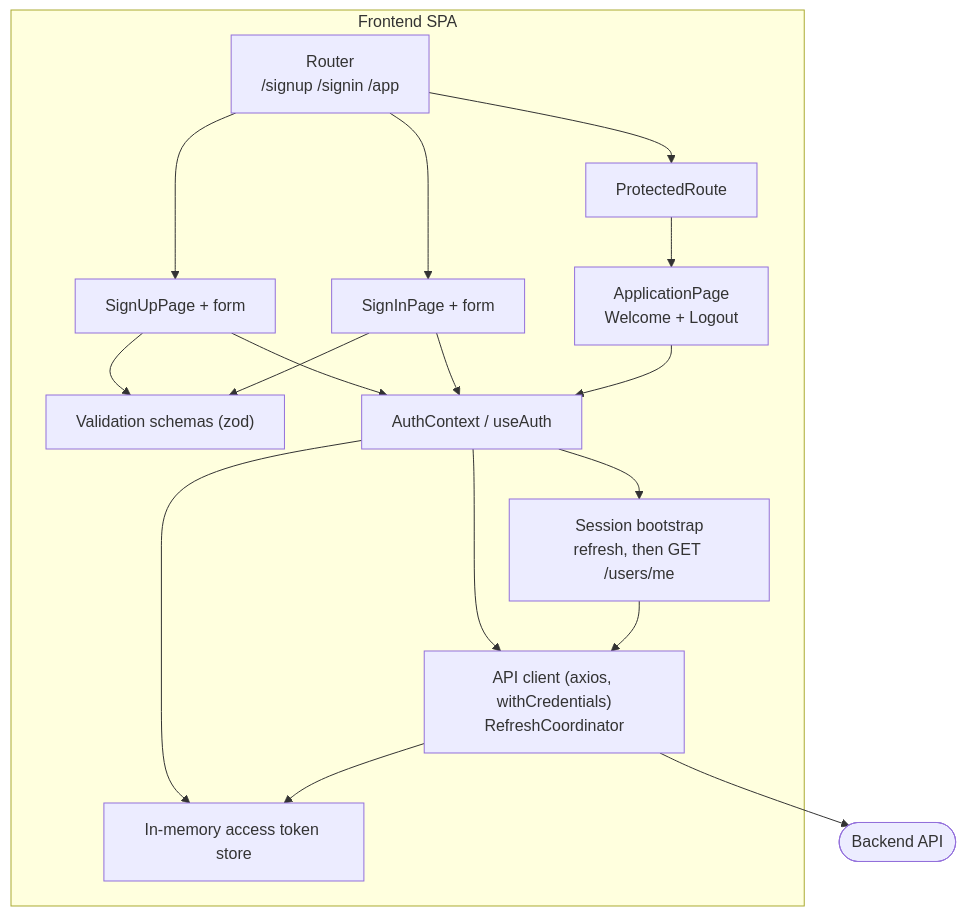
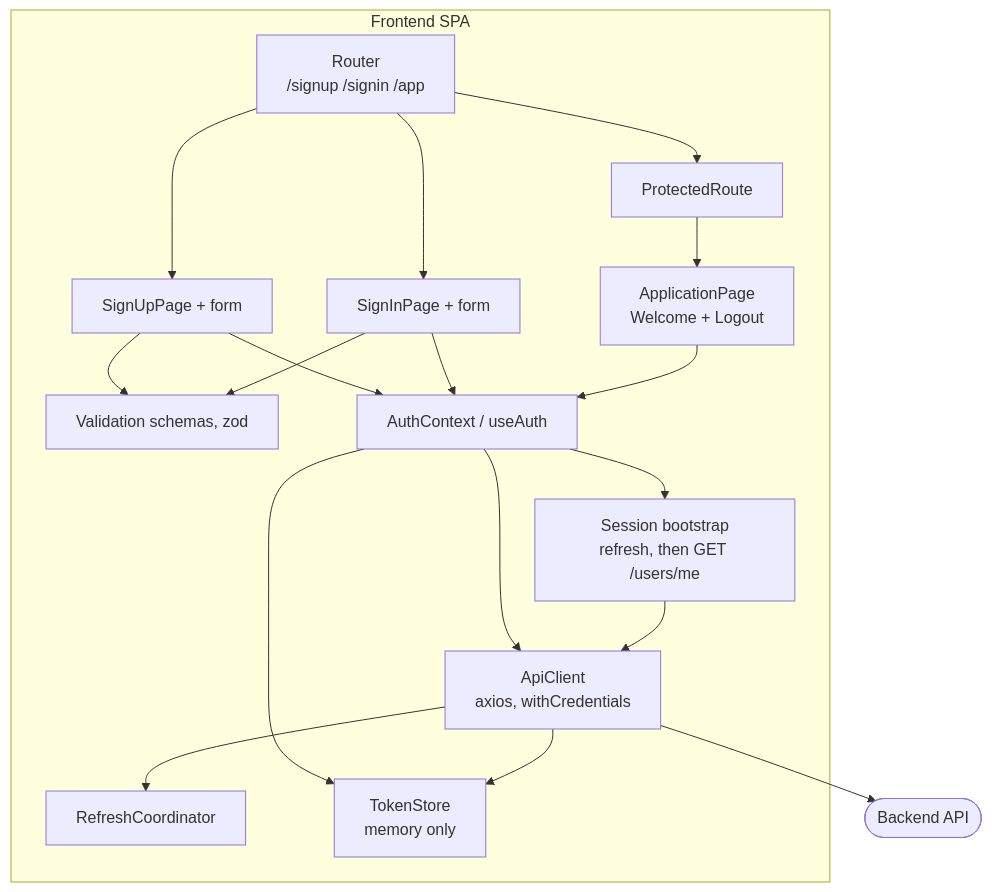
Before and after one commit to Rowan-habashy/easyGenerator-auth: the seventh of 8 diagrams in docs/architecture/c3-component.md, drawn with Mermaid. The commit also changed other lines of this file and 4 other files, not shown here.

Commit message:
Implement databse ERD

````diff
--- a/docs/architecture/c3-component.md
+++ b/docs/architecture/c3-component.md
@@ -76,25 +170,27 @@
 ```mermaid
 flowchart TB
     subgraph spa[Frontend SPA]
         router["Router<br/>/signup /signin /app"]
         pr["ProtectedRoute"]
         su["SignUpPage + form"]
         si["SignInPage + form"]
         app["ApplicationPage<br/>Welcome + Logout"]
-        val["Validation schemas (zod)"]
+        val["Validation schemas, zod"]
         ctx["AuthContext / useAuth"]
-        http["API client (axios, withCredentials)<br/>RefreshCoordinator"]
-        store["In-memory access token store"]
+        http["ApiClient<br/>axios, withCredentials"]
+        rc["RefreshCoordinator"]
+        store["TokenStore<br/>memory only"]
         boot["Session bootstrap<br/>refresh, then GET /users/me"]
     end
     api([Backend API])
 
     router --> su & si
     router --> pr --> app
     su & si --> val
     su & si --> ctx --> http --> api
     ctx --> store
     http --> store
+    http --> rc
     ctx --> boot --> http
     app --> ctx
 ```
````
